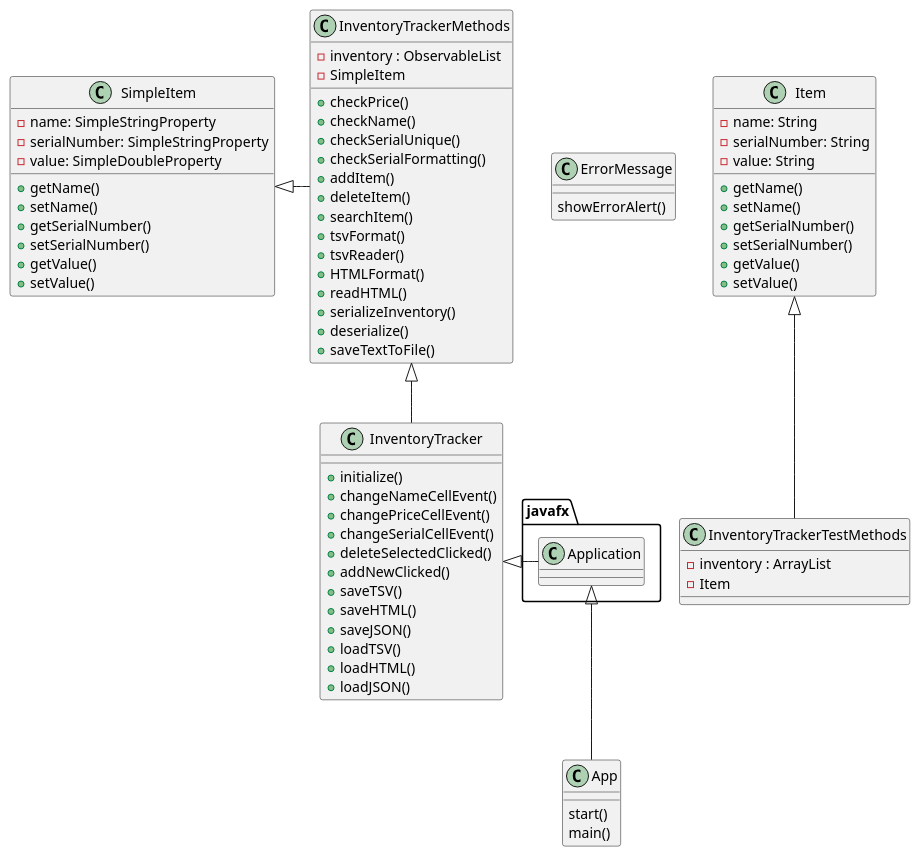
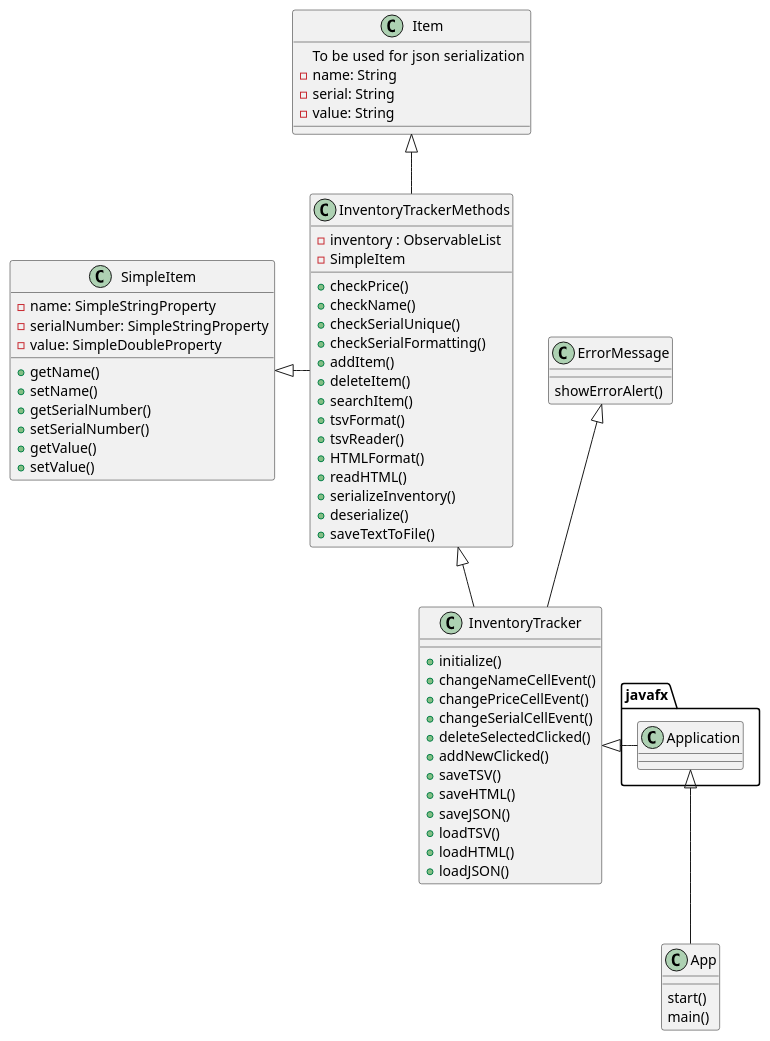
The diagram in uml/diagram.puml (k-narotam/Inventory-Tracker), drawn with PlantUML before and after one commit. The commit also changed 9 other files, not shown here.

```diff
--- a/uml/diagram.puml
+++ b/uml/diagram.puml
@@ -1,83 +1,73 @@
 @startuml
 'https://plantuml.com/class-diagram
 
 class App {
     start()
     main()
 }
 
 class ErrorMessage {
     showErrorAlert()
 }
 
 class InventoryTracker {
     + initialize()
     + changeNameCellEvent()
     + changePriceCellEvent()
     + changeSerialCellEvent()
     + deleteSelectedClicked()
     + addNewClicked()
     + saveTSV()
     + saveHTML()
     + saveJSON()
     + loadTSV()
     + loadHTML()
     +loadJSON()
 }
 
 class InventoryTrackerMethods {
     - inventory : ObservableList
     - SimpleItem
     + checkPrice()
     + checkName()
     + checkSerialUnique()
     + checkSerialFormatting()
     + addItem()
     + deleteItem()
     + searchItem()
     + tsvFormat()
     + tsvReader()
     + HTMLFormat()
     + readHTML()
     + serializeInventory()
     + deserialize()
     + saveTextToFile()
 }
 
-class InventoryTrackerTestMethods {
-    - inventory : ArrayList
-    - Item
-}
-
 class Item {
-    - name: String
-    - serialNumber: String
-    - value: String
-
-    + getName()
-    + setName()
-    + getSerialNumber()
-    + setSerialNumber()
-    + getValue()
-    + setValue()
+    To be used for  json serialization
+ - name: String
+ - serial: String
+ - value: String
 }
 
 class SimpleItem {
     - name: SimpleStringProperty
     - serialNumber: SimpleStringProperty
     - value: SimpleDoubleProperty
 
     + getName()
     + setName()
     + getSerialNumber()
     + setSerialNumber()
     + getValue()
     + setValue()
 }
 
 javafx.Application <|-- App
 SimpleItem <|- InventoryTrackerMethods
 InventoryTrackerMethods <|-- InventoryTracker
-Item <|-- InventoryTrackerTestMethods
+Item <|-- InventoryTrackerMethods
+ErrorMessage <|-- InventoryTracker
 InventoryTracker <|- javafx.Application
 @enduml
```
